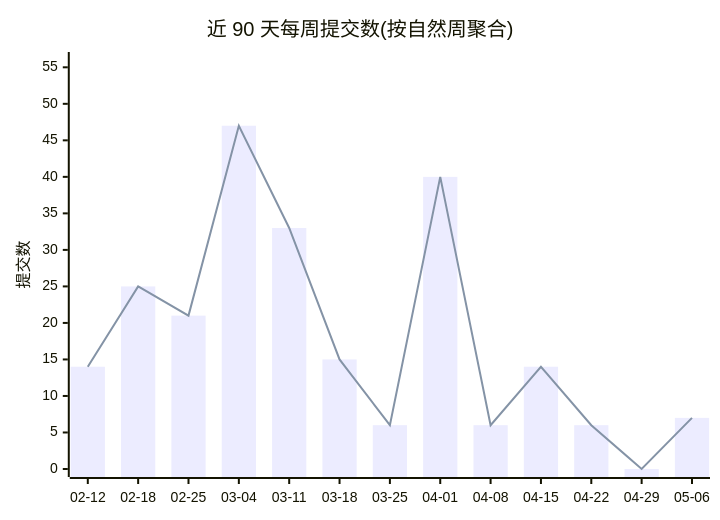
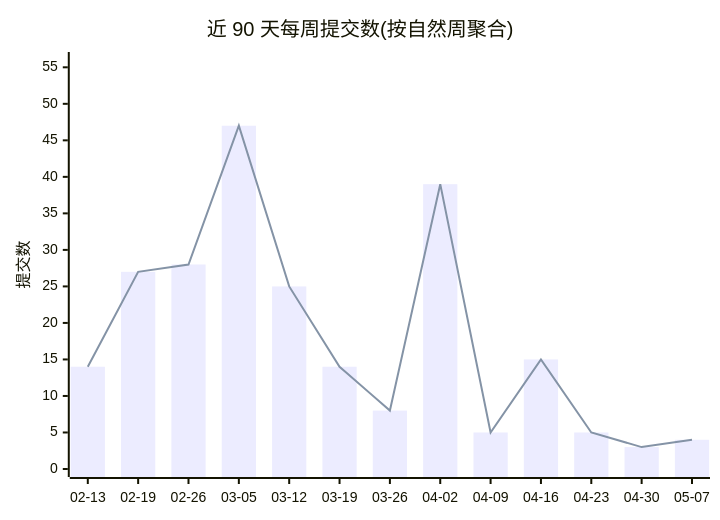
One commit to Conflux-Union/.github changed the first of 2 diagrams in profile/README.md. Above: the diagram before and after it, drawn with Mermaid. The commit also changed other lines of this file and 1 other file, not shown here.

Commit message:
chore(stats): refresh org commit stats

````diff
--- a/profile/README.md
+++ b/profile/README.md
@@ -44,8 +44,8 @@
 ```mermaid
 xychart-beta
     title "近 90 天每周提交数(按自然周聚合)"
-    x-axis ["02-12", "02-18", "02-25", "03-04", "03-11", "03-18", "03-25", "04-01", "04-08", "04-15", "04-22", "04-29", "05-06"]
+    x-axis ["02-13", "02-19", "02-26", "03-05", "03-12", "03-19", "03-26", "04-02", "04-09", "04-16", "04-23", "04-30", "05-07"]
     y-axis "提交数" 0 --> 56
-    bar [14, 25, 21, 47, 33, 15, 6, 40, 6, 14, 6, 0, 7]
-    line [14, 25, 21, 47, 33, 15, 6, 40, 6, 14, 6, 0, 7]
+    bar [14, 27, 28, 47, 25, 14, 8, 39, 5, 15, 5, 3, 4]
+    line [14, 27, 28, 47, 25, 14, 8, 39, 5, 15, 5, 3, 4]
 ```
````
